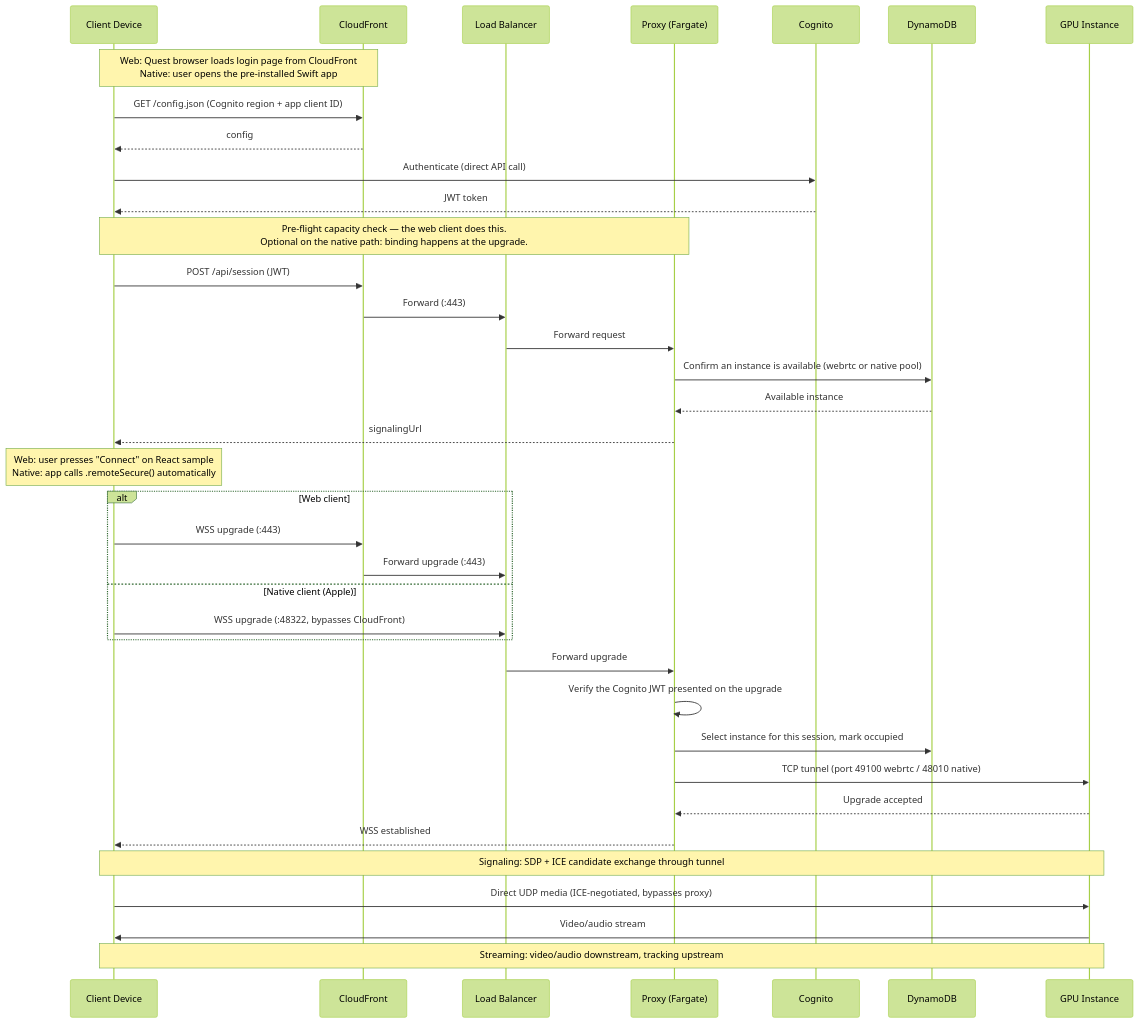
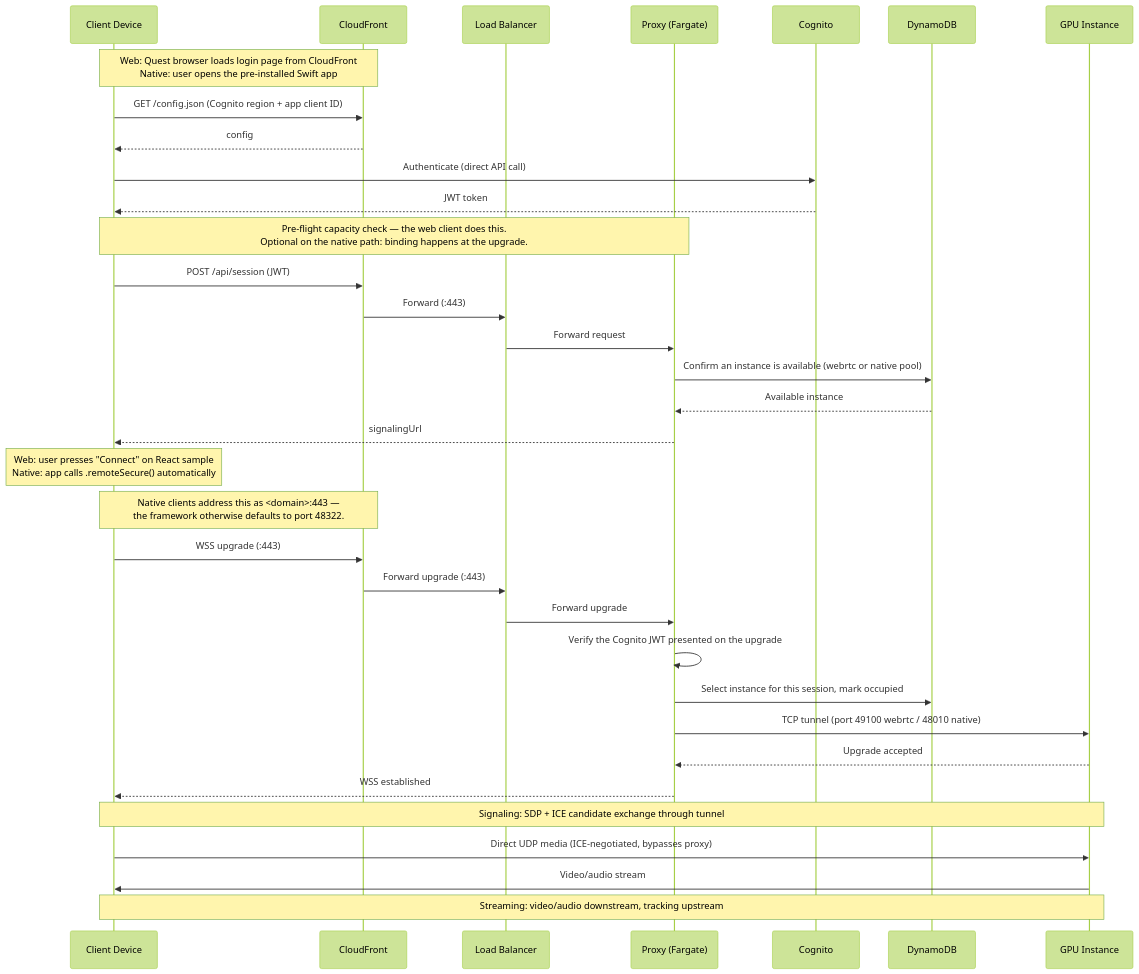
One commit to aws-samples/sample-cloudxr6-on-aws changed the diagram in deployment/full-architecture-deployment-guide.md. Above: the diagram before and after it, drawn with Mermaid (forest theme). The commit also changed other lines of this file and 8 other files, not shown here.

````diff
--- a/deployment/full-architecture-deployment-guide.md
+++ b/deployment/full-architecture-deployment-guide.md
@@ -57,48 +57,46 @@
 ```mermaid
 sequenceDiagram
     participant Client as Client Device
     participant CF as CloudFront
     participant ALB as Load Balancer
     participant Proxy as Proxy (Fargate)
     participant Cognito
     participant DDB as DynamoDB
     participant GPU as GPU Instance
 
     Note over Client,CF: Web: Quest browser loads login page from CloudFront<br/>Native: user opens the pre-installed Swift app
 
     Client->>CF: GET /config.json (Cognito region + app client ID)
     CF-->>Client: config
     Client->>Cognito: Authenticate (direct API call)
     Cognito-->>Client: JWT token
 
     Note over Client,Proxy: Pre-flight capacity check — the web client does this.<br/>Optional on the native path: binding happens at the upgrade.
 
     Client->>CF: POST /api/session (JWT)
     CF->>ALB: Forward (:443)
     ALB->>Proxy: Forward request
     Proxy->>DDB: Confirm an instance is available (webrtc or native pool)
     DDB-->>Proxy: Available instance
     Proxy-->>Client: signalingUrl
 
     Note over Client: Web: user presses "Connect" on React sample<br/>Native: app calls .remoteSecure() automatically
 
-    alt Web client
-        Client->>CF: WSS upgrade (:443)
-        CF->>ALB: Forward upgrade (:443)
-    else Native client (Apple)
-        Client->>ALB: WSS upgrade (:48322, bypasses CloudFront)
-    end
+    Note over Client,CF: Native clients address this as <domain>:443 —<br/>the framework otherwise defaults to port 48322.
+
+    Client->>CF: WSS upgrade (:443)
+    CF->>ALB: Forward upgrade (:443)
     ALB->>Proxy: Forward upgrade
     Proxy->>Proxy: Verify the Cognito JWT presented on the upgrade
     Proxy->>DDB: Select instance for this session, mark occupied
     Proxy->>GPU: TCP tunnel (port 49100 webrtc / 48010 native)
     GPU-->>Proxy: Upgrade accepted
     Proxy-->>Client: WSS established
 
     Note over Client,GPU: Signaling: SDP + ICE candidate exchange through tunnel
 
     Client->>GPU: Direct UDP media (ICE-negotiated, bypasses proxy)
     GPU->>Client: Video/audio stream
 
     Note over Client,GPU: Streaming: video/audio downstream, tracking upstream
 ```
````
